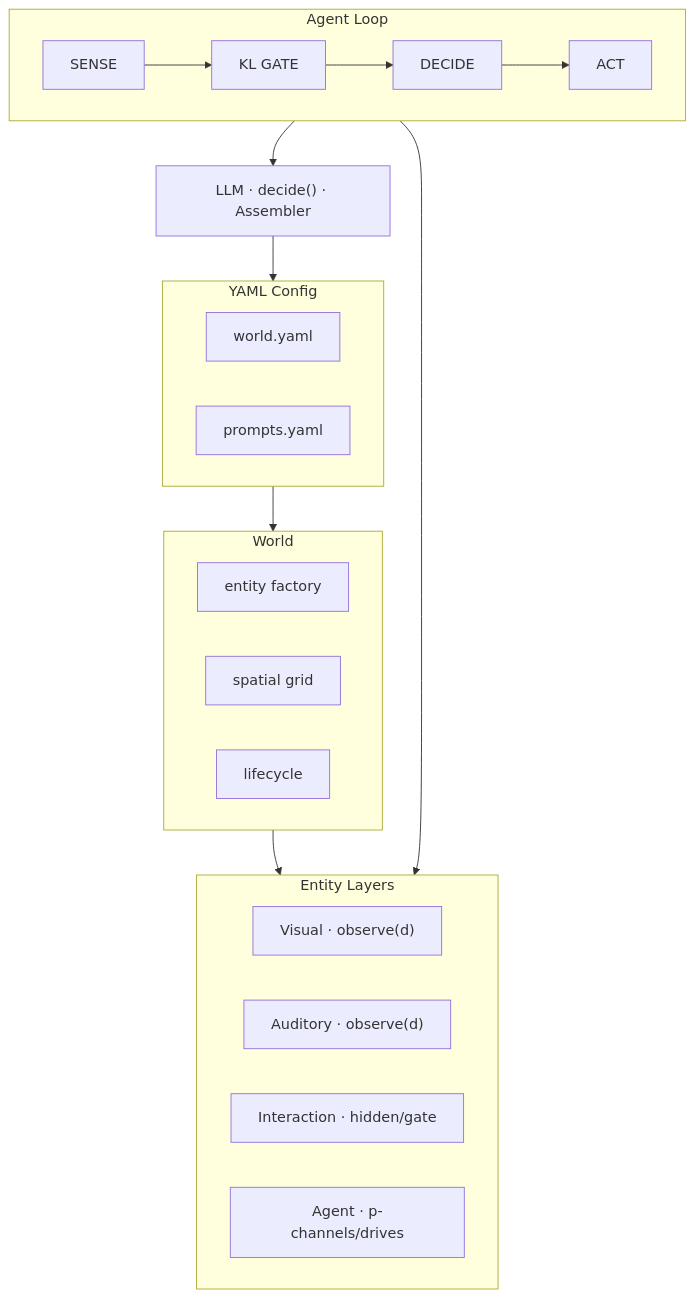
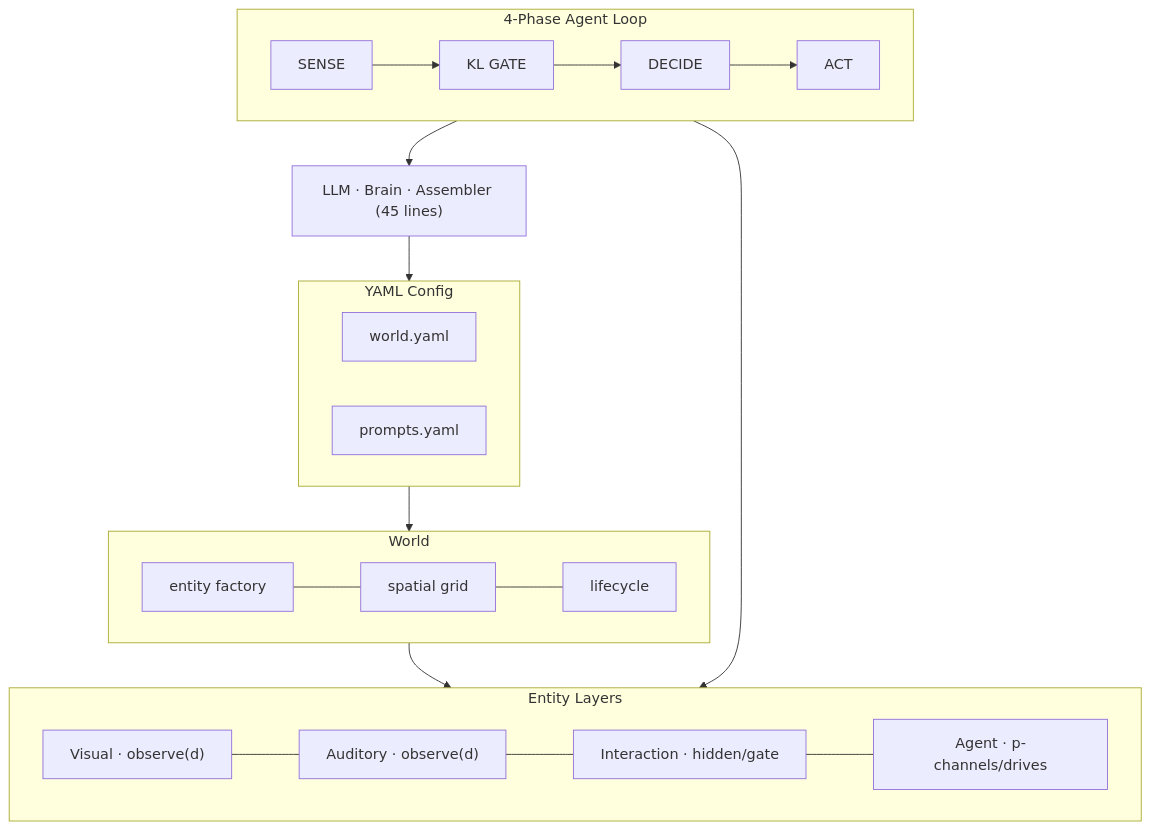
One commit to flaverse/AgentWorld_Async_UI changed the first of 2 diagrams in README.md. Above: the diagram before and after it, drawn with Mermaid. The commit also changed other lines of this file, not shown here.

First line of the commit message:
docs: v8 README — per-attr drive, gate crossing, academic style

````diff
--- a/README.md
+++ b/README.md
@@ -99,25 +121,22 @@
 ```mermaid
 flowchart TB
     subgraph Config["YAML Config"]
-        world_yaml["world.yaml"]
-        prompt_yaml["prompts.yaml"]
+        world["world.yaml"]
+        prompt["prompts.yaml"]
     end
     subgraph World["World"]
-        world_engine["entity factory"]
-        spatial["spatial grid"]
-        lifecycle["lifecycle"]
+        w_eng["entity factory"] --- spatial["spatial grid"] --- life["lifecycle"]
     end
     subgraph Layer["Entity Layers"]
-        visual["Visual · observe(d)"]
-        auditory["Auditory · observe(d)"]
-        inter["Interaction · hidden/gate"]
-        agent["Agent · p-channels/drives"]
+        vis["Visual · observe(d)"] --- aud["Auditory · observe(d)"]
+        aud --- inter["Interaction · hidden/gate"]
+        inter --- ag["Agent · p-channels/drives"]
     end
-    subgraph Loop["Agent Loop"]
+    subgraph Loop["4-Phase Agent Loop"]
         s["SENSE"] --> k["KL GATE"] --> d["DECIDE"] --> a["ACT"]
     end
     Config --> World --> Layer
     Loop --> Layer
-    Loop --> LLM["LLM · decide() · Assembler"]
+    Loop --> LLM["LLM · Brain · Assembler (45 lines)"]
     LLM --> Config
 ```
````
